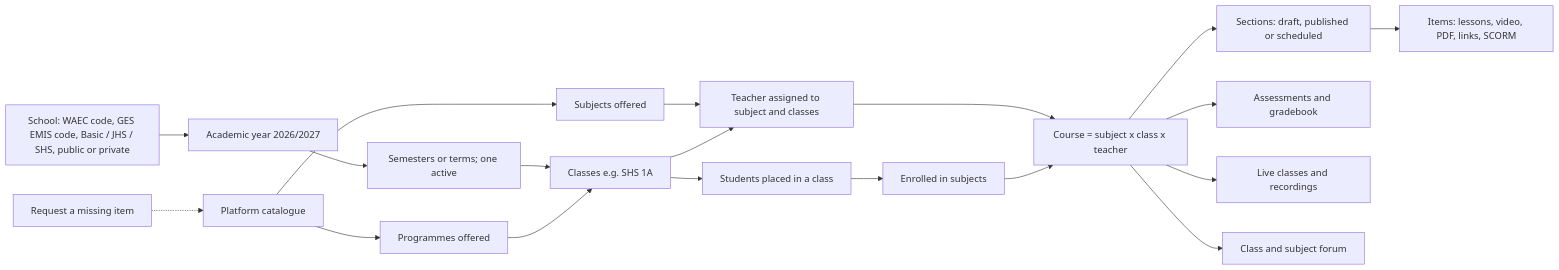
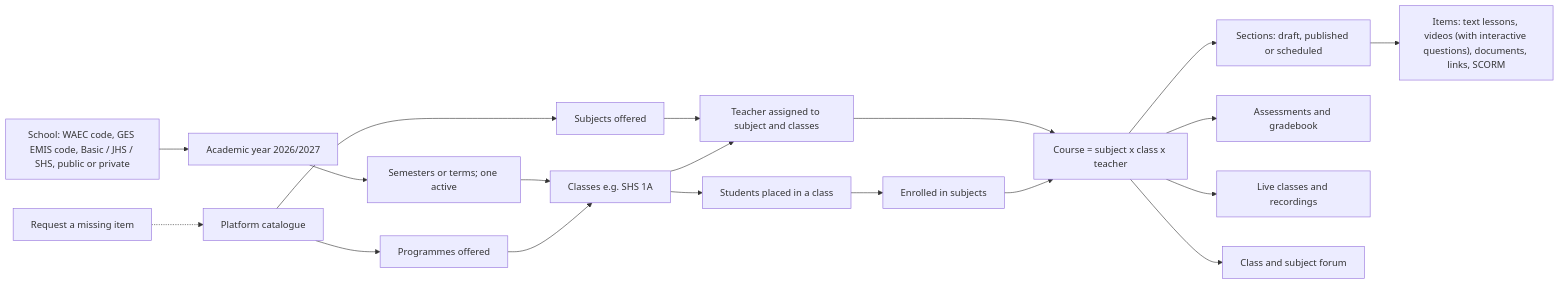
The fourth of 12 diagrams in docs/project-map.md (Techmawu-Solutions/cp), drawn with Mermaid before and after one commit. The commit also changed other lines of this file and 30 other files, not shown here.

````diff
--- a/docs/project-map.md
+++ b/docs/project-map.md
@@ -163,21 +163,21 @@
 ```mermaid
 flowchart LR
   SCHOOL["School: WAEC code, GES EMIS code, Basic / JHS / SHS, public or private"] --> YEAR["Academic year 2026/2027"]
   YEAR --> SEM["Semesters or terms; one active"]
   CAT["Platform catalogue"] --> PROG["Programmes offered"]
   CAT --> SUBJ["Subjects offered"]
   REQ["Request a missing item"] -.-> CAT
   SEM --> CLASSES["Classes e.g. SHS 1A"]
   PROG --> CLASSES
   SUBJ --> ASSIGN["Teacher assigned to subject and classes"]
   CLASSES --> ASSIGN
   ASSIGN --> COURSE["Course = subject x class x teacher"]
   STUDENTS["Students placed in a class"] --> ENROL["Enrolled in subjects"]
   CLASSES --> STUDENTS
   ENROL --> COURSE
   COURSE --> SECTIONS["Sections: draft, published or scheduled"]
-  SECTIONS --> ITEMS["Items: lessons, video, PDF, links, SCORM"]
+  SECTIONS --> ITEMS["Items: text lessons, videos (with interactive questions), documents, links, SCORM"]
   COURSE --> ASSESS["Assessments and gradebook"]
   COURSE --> LIVEC["Live classes and recordings"]
   COURSE --> FORUM["Class and subject forum"]
 ```
````
